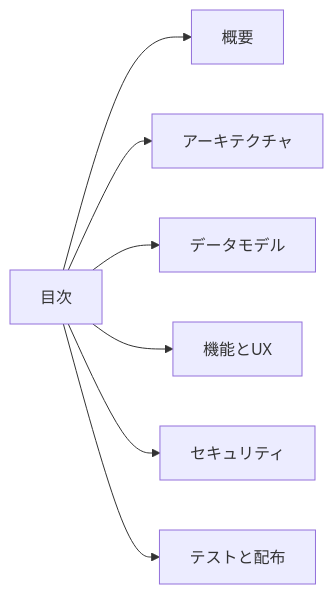
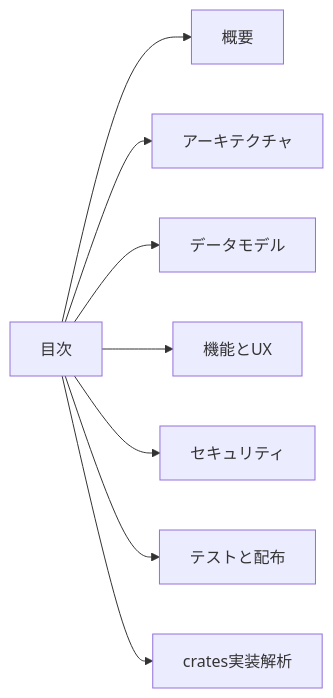
One commit to ardnico/TeraDock changed the diagram in wiki/00-目次.md. Above: the diagram before and after it, drawn with Mermaid. The commit also changed other lines of this file and 1 other file, not shown here.

Commit message:
docs(wiki): add crates source analysis page

````diff
--- a/wiki/00-目次.md
+++ b/wiki/00-目次.md
@@ -12,9 +13,10 @@
 ```mermaid
 flowchart LR
   A[目次] --> B[概要]
   A --> C[アーキテクチャ]
   A --> D[データモデル]
   A --> E[機能とUX]
   A --> F[セキュリティ]
   A --> G[テストと配布]
+  A --> H[crates実装解析]
 ```
````
